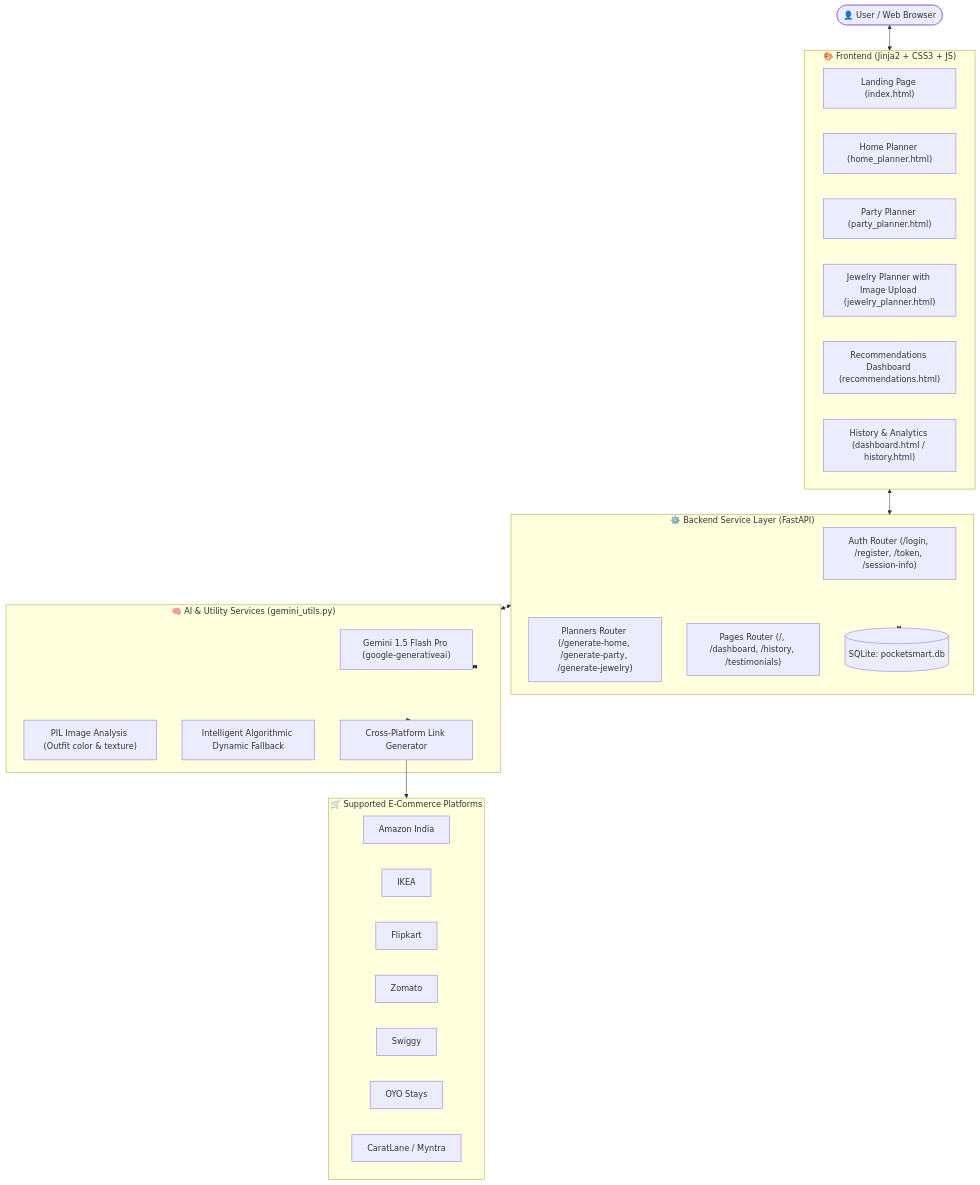
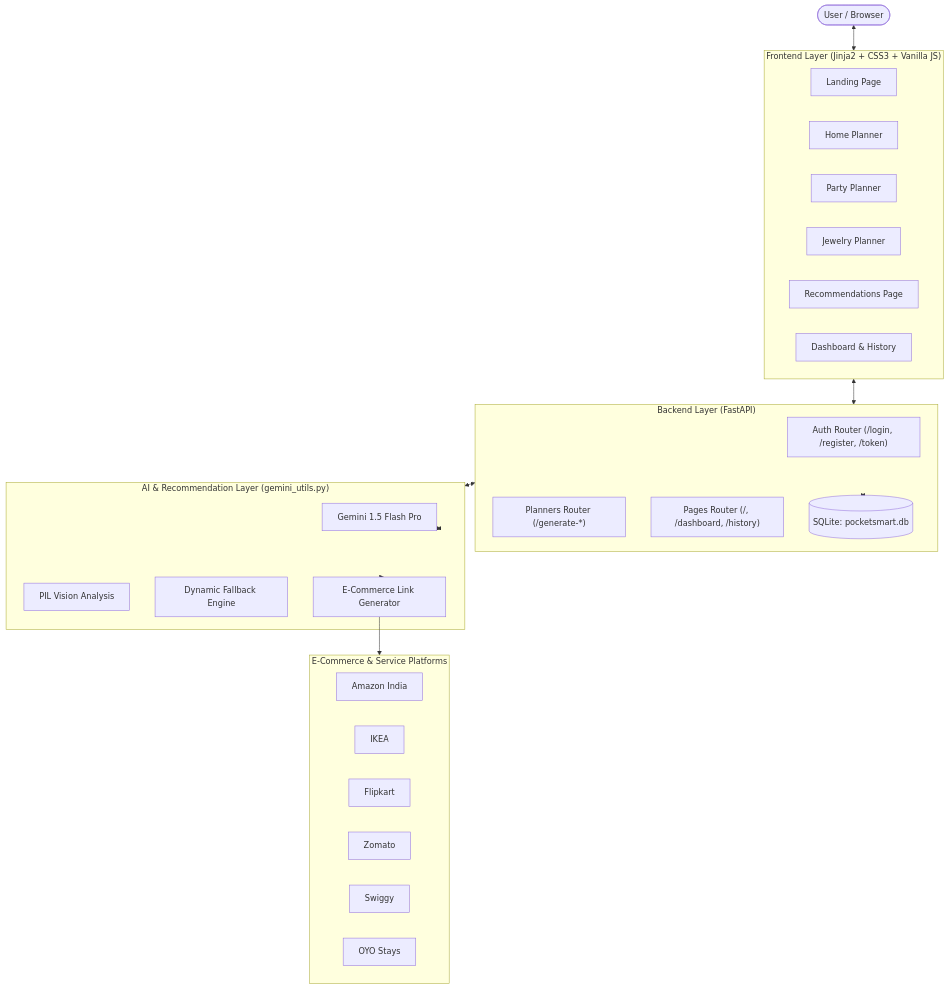
Before and after one commit to ananthika-commits/PocketSmart-Ai: the diagram in README.md, drawn with Mermaid. The commit also changed other lines of this file, not shown here.

````diff
--- a/README.md
+++ b/README.md
@@ -41,45 +73,44 @@
 ```mermaid
 flowchart TD
-    User([👤 User / Web Browser])
+    User([User / Browser])
     
-    subgraph Frontend["🎨 Frontend (Jinja2 + CSS3 + JS)"]
-        UI_Home["Landing Page (index.html)"]
-        UI_HomePlan["Home Planner (home_planner.html)"]
-        UI_PartyPlan["Party Planner (party_planner.html)"]
-        UI_JewelryPlan["Jewelry Planner with Image Upload (jewelry_planner.html)"]
-        UI_Results["Recommendations Dashboard (recommendations.html)"]
-        UI_History["History & Analytics (dashboard.html / history.html)"]
+    subgraph Frontend["Frontend Layer (Jinja2 + CSS3 + Vanilla JS)"]
+        UI_Home["Landing Page"]
+        UI_HomePlan["Home Planner"]
+        UI_PartyPlan["Party Planner"]
+        UI_JewelryPlan["Jewelry Planner"]
+        UI_Results["Recommendations Page"]
+        UI_Dashboard["Dashboard & History"]
     end
 
-    subgraph Backend["⚙️ Backend Service Layer (FastAPI)"]
-        Router_Auth["Auth Router (/login, /register, /token, /session-info)"]
-        Router_Planners["Planners Router (/generate-home, /generate-party, /generate-jewelry)"]
-        Router_Pages["Pages Router (/, /dashboard, /history, /testimonials)"]
+    subgraph Backend["Backend Layer (FastAPI)"]
+        Router_Auth["Auth Router (/login, /register, /token)"]
+        Router_Planners["Planners Router (/generate-*)"]
+        Router_Pages["Pages Router (/, /dashboard, /history)"]
         DB[(SQLite: pocketsmart.db)]
     end
 
-    subgraph AI_Engine["🧠 AI & Utility Services (gemini_utils.py)"]
-        GeminiClient["Gemini 1.5 Flash Pro (google-generativeai)"]
-        MultimodalVision["PIL Image Analysis (Outfit color & texture)"]
-        FallbackEngine["Intelligent Algorithmic Dynamic Fallback"]
-        PlatformLinker["Cross-Platform Link Generator"]
+    subgraph AI_Engine["AI & Recommendation Layer (gemini_utils.py)"]
+        GeminiClient["Gemini 1.5 Flash Pro"]
+        MultimodalVision["PIL Vision Analysis"]
+        FallbackEngine["Dynamic Fallback Engine"]
+        PlatformLinker["E-Commerce Link Generator"]
     end
 
-    subgraph ECommerce["🛒 Supported E-Commerce Platforms"]
+    subgraph Platforms["E-Commerce & Service Platforms"]
         Amazon["Amazon India"]
         IKEA["IKEA"]
         Flipkart["Flipkart"]
         Zomato["Zomato"]
         Swiggy["Swiggy"]
         OYO["OYO Stays"]
-        CaratLane["CaratLane / Myntra"]
     end
 
     User <--> Frontend
     Frontend <--> Backend
     Backend <--> DB
     Backend <--> AI_Engine
     AI_Engine <--> GeminiClient
     AI_Engine --> PlatformLinker
-    PlatformLinker --> ECommerce
+    PlatformLinker --> Platforms
 ```
````
